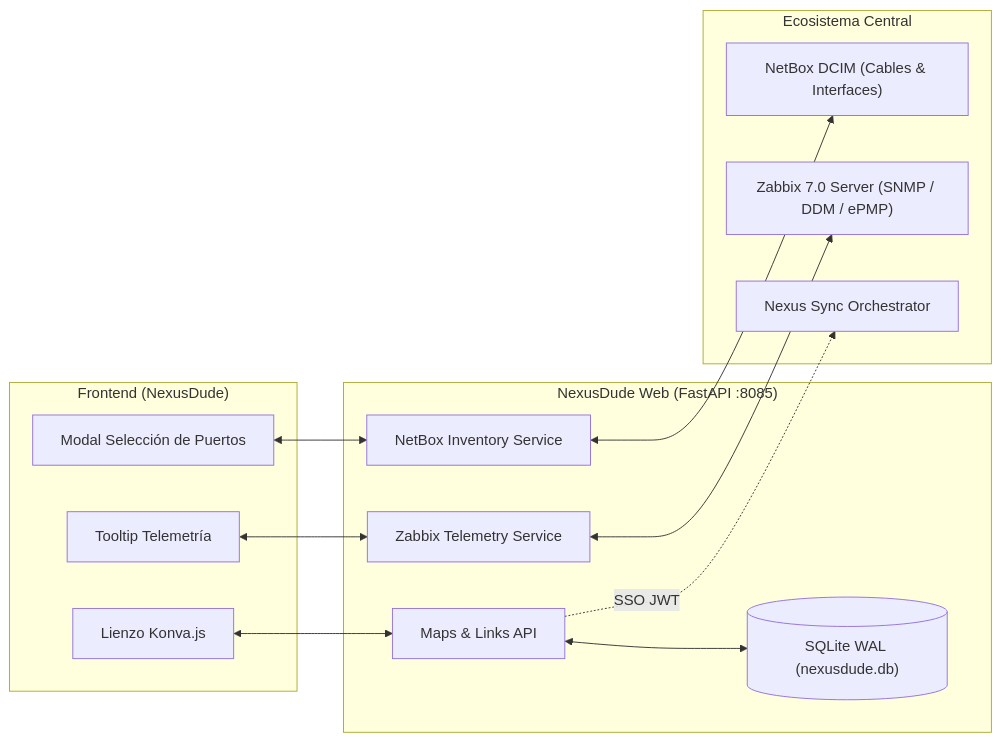
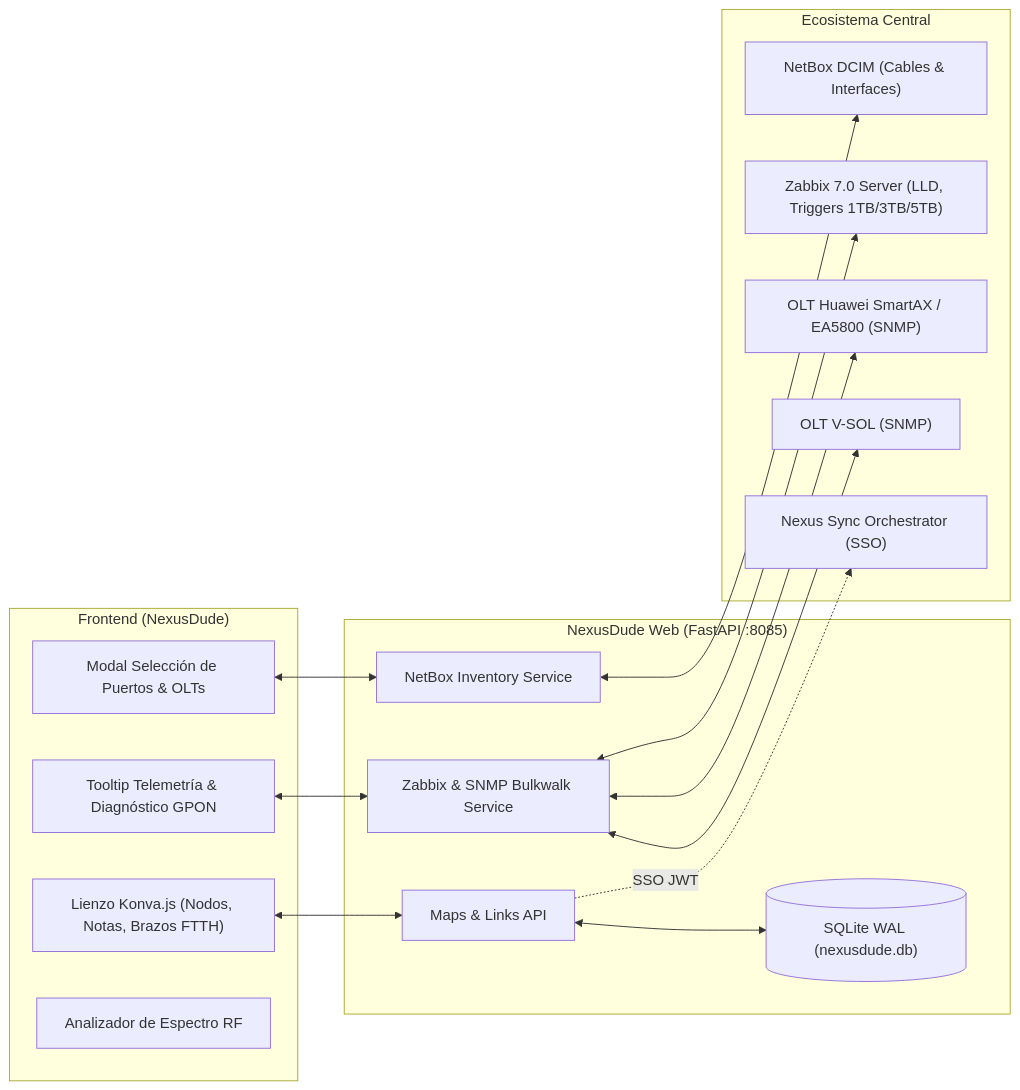
Before and after one commit to donaldomucivaga-debug/NEXUSDUDE.2.0: the diagram in README.md, drawn with Mermaid. The commit also changed other lines of this file and 10 other files, not shown here.

Commit message:
feat(ftth): add FTTH branch node with real-time GPON diagnostics, Zabbix 7.0 LLD templates and SNMP Bulkwalk integration

````diff
--- a/README.md
+++ b/README.md
@@ -41,30 +61,34 @@
 ```mermaid
 graph LR
     subgraph UI ["Frontend (NexusDude)"]
-        Canvas["Lienzo Konva.js"]
-        Tooltip["Tooltip Telemetría"]
-        PortModal["Modal Selección de Puertos"]
+        Canvas["Lienzo Konva.js (Nodos, Notas, Brazos FTTH)"]
+        Tooltip["Tooltip Telemetría & Diagnóstico GPON"]
+        PortModal["Modal Selección de Puertos & OLTs"]
+        SpectrumBar["Analizador de Espectro RF"]
     end
 
     subgraph Backend ["NexusDude Web (FastAPI :8085)"]
         MapsAPI["Maps & Links API"]
-        ZabbixService["Zabbix Telemetry Service"]
+        ZabbixService["Zabbix & SNMP Bulkwalk Service"]
         InventoryService["NetBox Inventory Service"]
         SQLite[("SQLite WAL (nexusdude.db)")]
     end
 
     subgraph Ecosystem ["Ecosistema Central"]
         NetBox["NetBox DCIM (Cables & Interfaces)"]
-        Zabbix["Zabbix 7.0 Server (SNMP / DDM / ePMP)"]
-        Orchestrator["Nexus Sync Orchestrator"]
+        Zabbix["Zabbix 7.0 Server (LLD, Triggers 1TB/3TB/5TB)"]
+        HuaweiOLT["OLT Huawei SmartAX / EA5800 (SNMP)"]
+        VsolOLT["OLT V-SOL (SNMP)"]
+        Orchestrator["Nexus Sync Orchestrator (SSO)"]
     end
 
     Canvas <--> MapsAPI
     Tooltip <--> ZabbixService
     PortModal <--> InventoryService
 
     MapsAPI <--> SQLite
     InventoryService <--> NetBox
     ZabbixService <--> Zabbix
+    ZabbixService <--> HuaweiOLT & VsolOLT
     MapsAPI -. SSO JWT .-> Orchestrator
 ```
````
